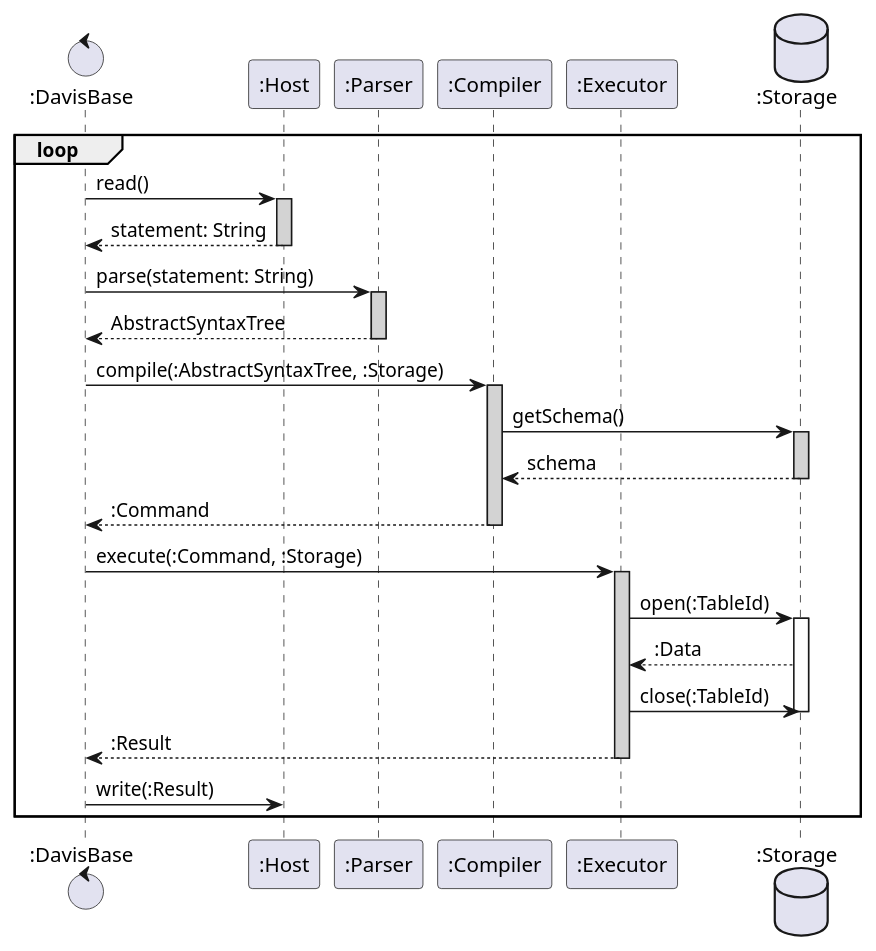
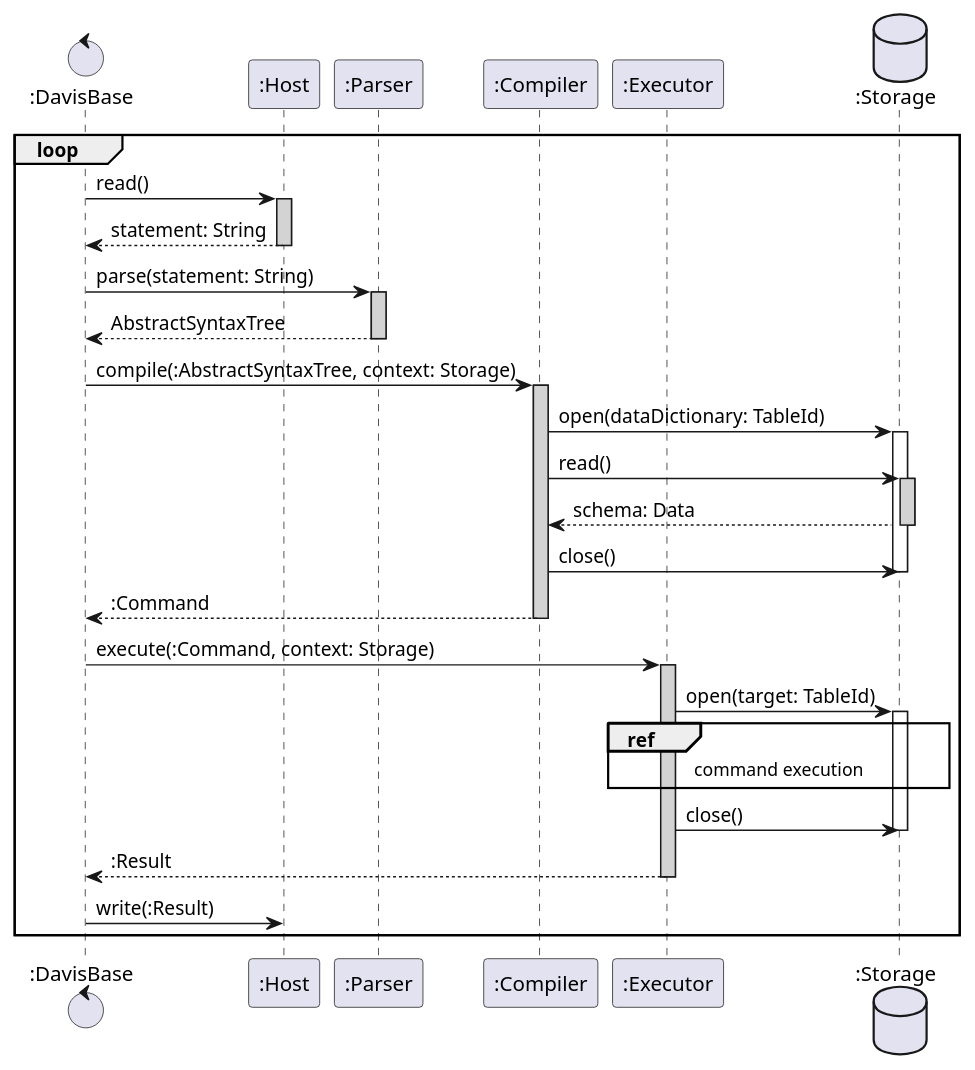
The diagram in docs/architecture/travis/REPL.sequence.puml (travisclagrone/DavisBase), drawn with PlantUML before and after one commit.

Commit message:
Refined open/read semantics against storage in REPL.sequence.puml

```diff
--- a/docs/architecture/travis/REPL.sequence.puml
+++ b/docs/architecture/travis/REPL.sequence.puml
@@ -1,30 +1,35 @@
 @startuml REPL
 control ":DavisBase"
 participant ":Host"
 participant ":Parser"
 participant ":Compiler"
 participant ":Executor"
 database ":Storage"
 
 loop
     ":DavisBase" -> ":Host" ++ #LightGray : read()
     return statement: String
 
     ":DavisBase" -> ":Parser" ++ #LightGray : parse(statement: String)
     return AbstractSyntaxTree
 
-    ":DavisBase" -> ":Compiler" ++ #LightGray : compile(:AbstractSyntaxTree, :Storage)
-        ":Compiler" -> ":Storage" ++ #LightGray : getSchema()
-        return schema
+    ":DavisBase" -> ":Compiler" ++ #LightGray : compile(:AbstractSyntaxTree, context: Storage)
+        ":Compiler" -> ":Storage" : open(dataDictionary: TableId)
+        activate ":Storage"
+            ":Compiler" -> ":Storage" ++ #LightGray : read()
+            return schema: Data
+        ":Compiler" -> ":Storage" : close()
+        deactivate ":Storage"
     return :Command
 
-    ":DavisBase" -> ":Executor" ++ #LightGray : execute(:Command, :Storage)
-        ":Executor" -> ":Storage" ++ : open(:TableId)
-        ":Executor" <-- ":Storage" : :Data
-        ":Executor" -> ":Storage" : close(:TableId)
+    ":DavisBase" -> ":Executor" ++ #LightGray : execute(:Command, context: Storage)
+        ":Executor" -> ":Storage" : open(target: TableId)
+        activate ":Storage"
+            ref over ":Executor", ":Storage" : command execution
+        ":Executor" -> ":Storage" : close()
         deactivate ":Storage"
     return :Result
 
     ":DavisBase" -> ":Host" : write(:Result)
 end
 @enduml
```
